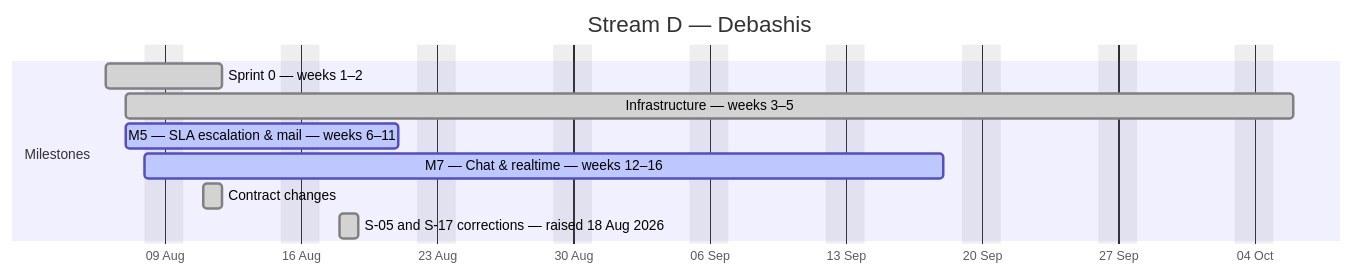
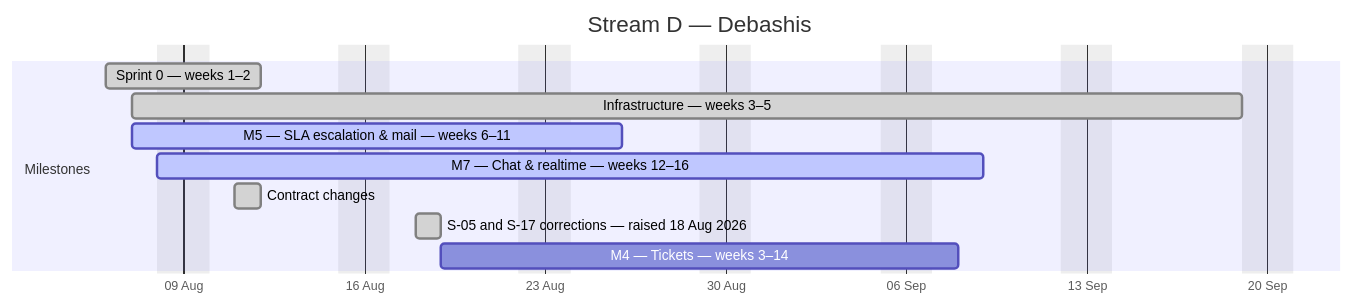
Before and after one commit to debashisedunext/EduTrack: the fourth of 4 diagrams in docs/plan/GANTT.md, drawn with Mermaid. The commit also changed other lines of this file and 6 other files, not shown here.

````diff
--- a/docs/plan/GANTT.md
+++ b/docs/plan/GANTT.md
@@ -143,14 +133,15 @@
 ```mermaid
 gantt
     dateFormat YYYY-MM-DD
     axisFormat %d %b
     title Stream D — Debashis
     excludes weekends
     section Milestones
     Sprint 0 — weeks 1–2 :done, d0, 2026-08-06, 4d
-    Infrastructure — weeks 3–5 :done, d1, 2026-08-07, 42d
-    M5 — SLA  escalation & mail — weeks 6–11 :active, d2, 2026-08-07, 10d
-    M7 — Chat & realtime — weeks 12–16 :active, d3, 2026-08-08, 30d
+    Infrastructure — weeks 3–5 :done, d1, 2026-08-07, 31d
+    M5 — SLA  escalation & mail — weeks 6–11 :active, d2, 2026-08-07, 13d
+    M7 — Chat & realtime — weeks 12–16 :active, d3, 2026-08-08, 23d
     Contract changes :done, d4, 2026-08-11, 1d
     S-05 and S-17 corrections — raised 18 Aug 2026 :done, d5, 2026-08-18, 1d
+    M4 — Tickets — weeks 3–14 :d6, 2026-08-19, 14d
 ```
````
